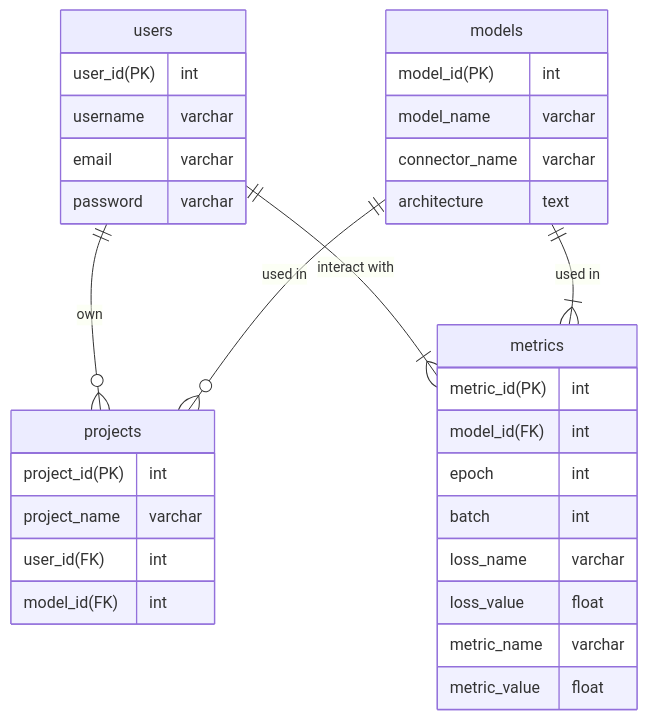
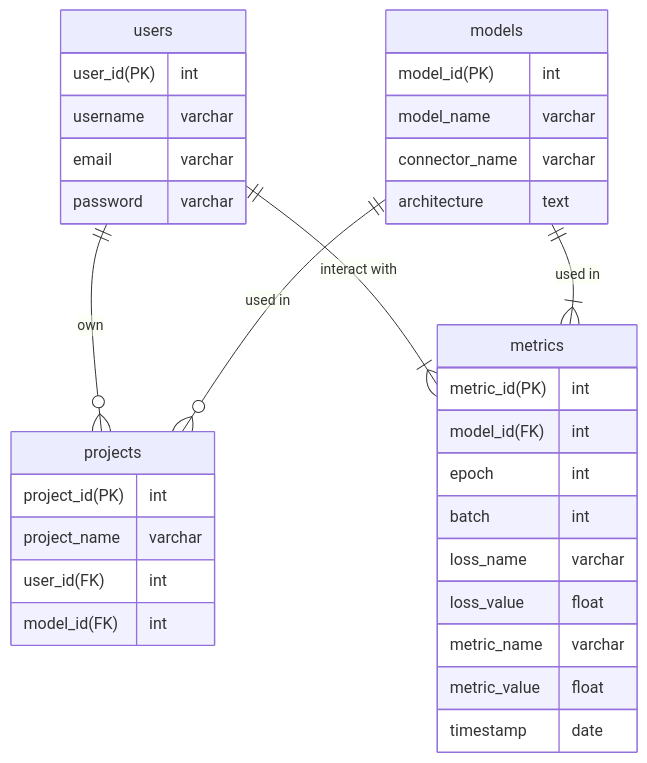
The second of 3 diagrams in README.md (mactat/prevue), drawn with Mermaid before and after one commit. The commit also changed other lines of this file, not shown here.

Commit message:
add the timestamp to table metrics

````diff
--- a/README.md
+++ b/README.md
@@ -39,39 +41,40 @@
 ```mermaid
 erDiagram
     users {
         user_id(PK) int
         username  varchar
         email  varchar
         password  varchar
     }
   
     projects {
         project_id(PK)  int
         project_name  varchar
         user_id(FK)  int
         model_id(FK)  int
     }
 
     models {
         model_id(PK)  int
         model_name varchar
         connector_name varchar
         architecture text
     }
   
     metrics {
         metric_id(PK) int
         model_id(FK) int
         epoch int
         batch int
         loss_name  varchar
         loss_value  float
         metric_name  varchar
         metric_value  float
+        timestamp  date
     }
     
     users ||--o{ projects : "own"
     users ||--|{ metrics : "interact with"
     models ||--o{ projects : "used in"
     models ||--|{ metrics : "used in"
 ```
````
